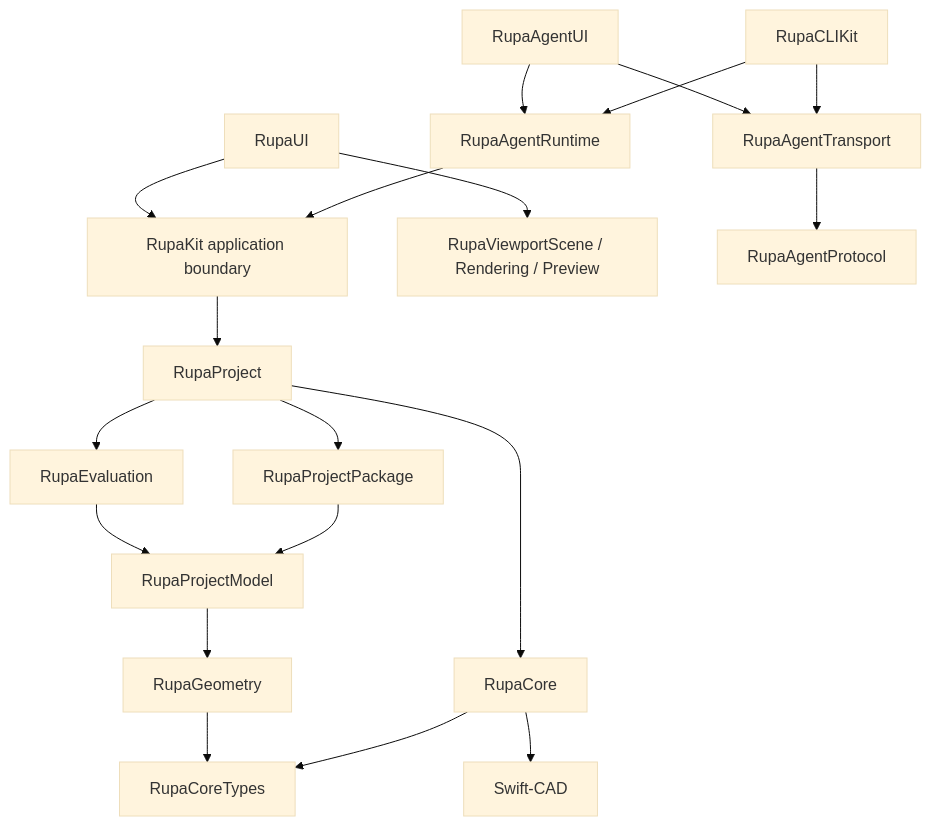
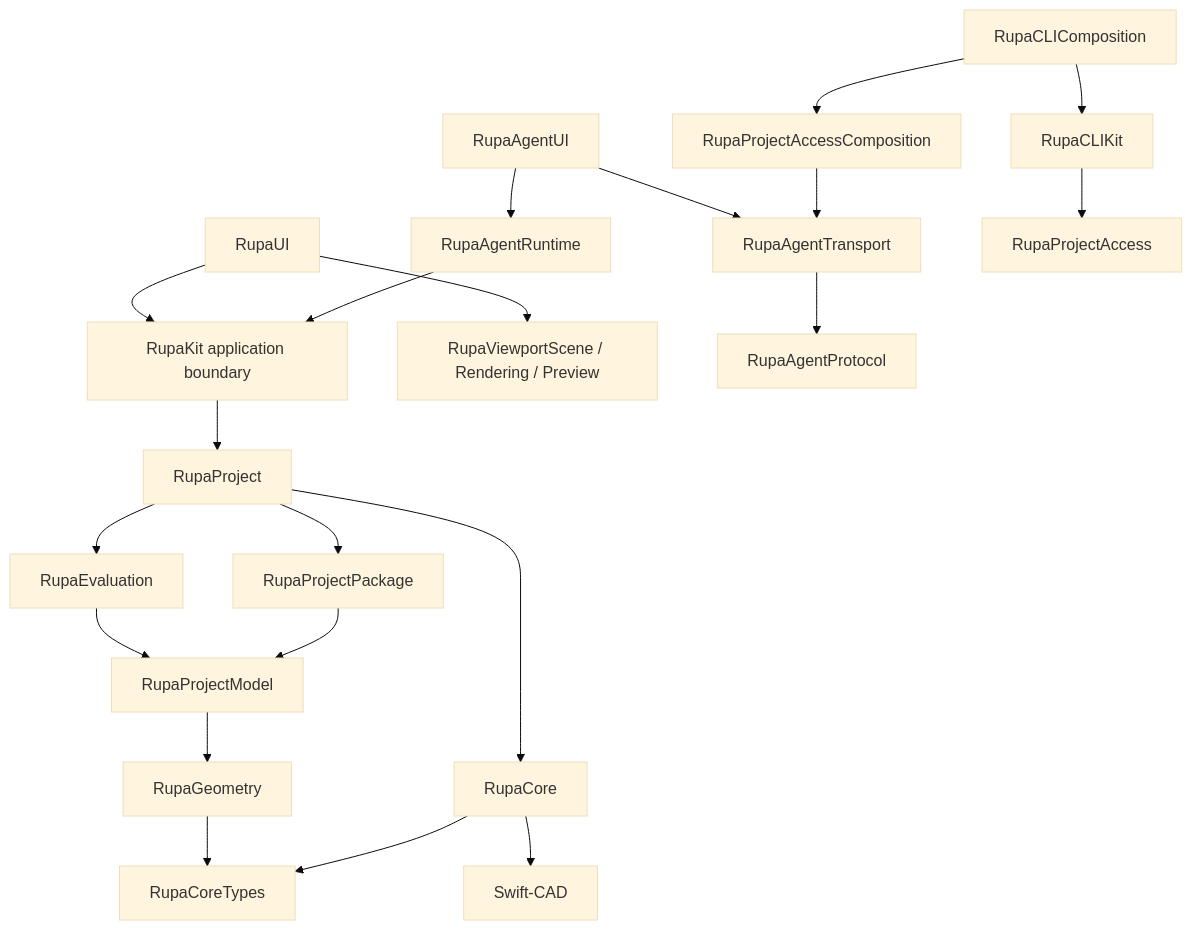
One commit to 1amageek/Rupa changed the fourth of 26 diagrams in Rupa/SPEC.md. Above: the diagram before and after it, drawn with Mermaid (base theme). The commit also changed other lines of this file and 133 other files, not shown here.

Commit message:
Route external access through the Rupa API

````diff
--- a/Rupa/SPEC.md
+++ b/Rupa/SPEC.md
@@ -298,22 +299,24 @@
 ```mermaid
 flowchart TD
     UI["RupaUI"] --> Kit["RupaKit application boundary"]
     UI --> Viewport["RupaViewportScene / Rendering / Preview"]
     AgentUI["RupaAgentUI"] --> Runtime["RupaAgentRuntime"]
     AgentUI --> Transport["RupaAgentTransport"]
     Runtime --> Kit
     Transport --> Protocol["RupaAgentProtocol"]
-    CLI["RupaCLIKit"] --> Runtime
-    CLI --> Transport
+    CLI["RupaCLIKit"] --> Access["RupaProjectAccess"]
+    CLIComposition["RupaCLIComposition"] --> CLI
+    CLIComposition --> AccessComposition["RupaProjectAccessComposition"]
+    AccessComposition --> Transport
 
     Kit --> Project["RupaProject"]
     Project --> Core["RupaCore"]
     Project --> Evaluation["RupaEvaluation"]
     Project --> Package["RupaProjectPackage"]
     Evaluation --> Model["RupaProjectModel"]
     Package --> Model
     Model --> Geometry["RupaGeometry"]
     Geometry --> Types["RupaCoreTypes"]
     Core --> Types
     Core --> SwiftCAD["Swift-CAD"]
 ```
````
